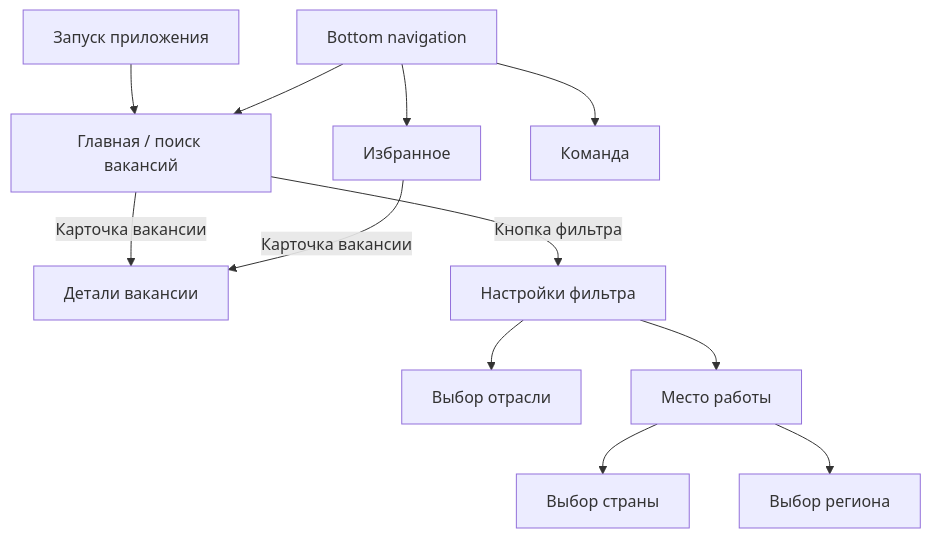
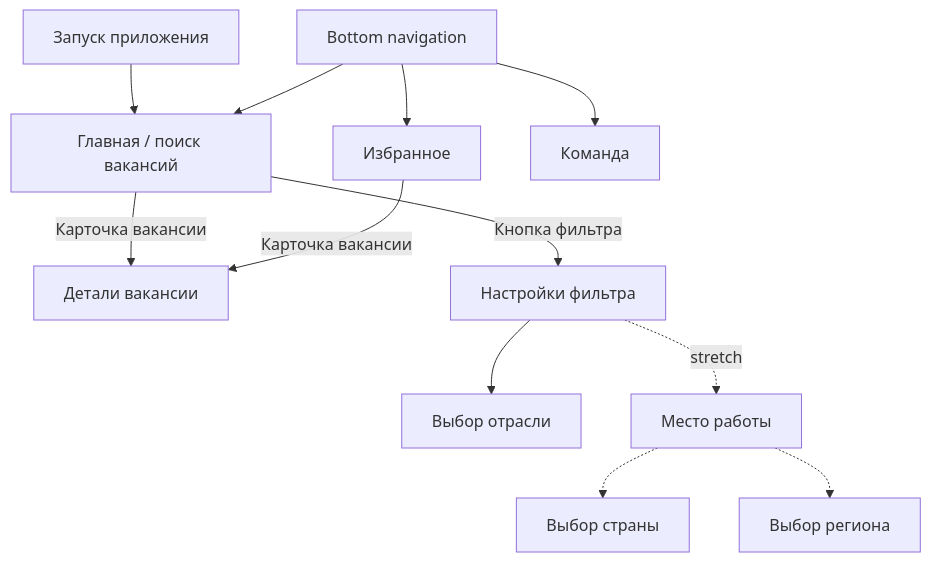
Before and after one commit to iudicio/yandex_team_project: the diagram in documentation/01-продукт-и-требования.md, drawn with Mermaid. The commit also changed other lines of this file and 189 other files, not shown here.

````diff
--- a/documentation/01-продукт-и-требования.md
+++ b/documentation/01-продукт-и-требования.md
@@ -35,14 +38,14 @@
 ```mermaid
 flowchart TD
     A[Запуск приложения] --> S[Главная / поиск вакансий]
     B[Bottom navigation] --> S
     B --> F[Избранное]
     B --> T[Команда]
     S -->|Карточка вакансии| D[Детали вакансии]
     F -->|Карточка вакансии| D
     S -->|Кнопка фильтра| FS[Настройки фильтра]
     FS --> I[Выбор отрасли]
-    FS --> W[Место работы]
-    W --> C[Выбор страны]
-    W --> R[Выбор региона]
+    FS -. stretch .-> W[Место работы]
+    W -.-> C[Выбор страны]
+    W -.-> R[Выбор региона]
 ```
````
